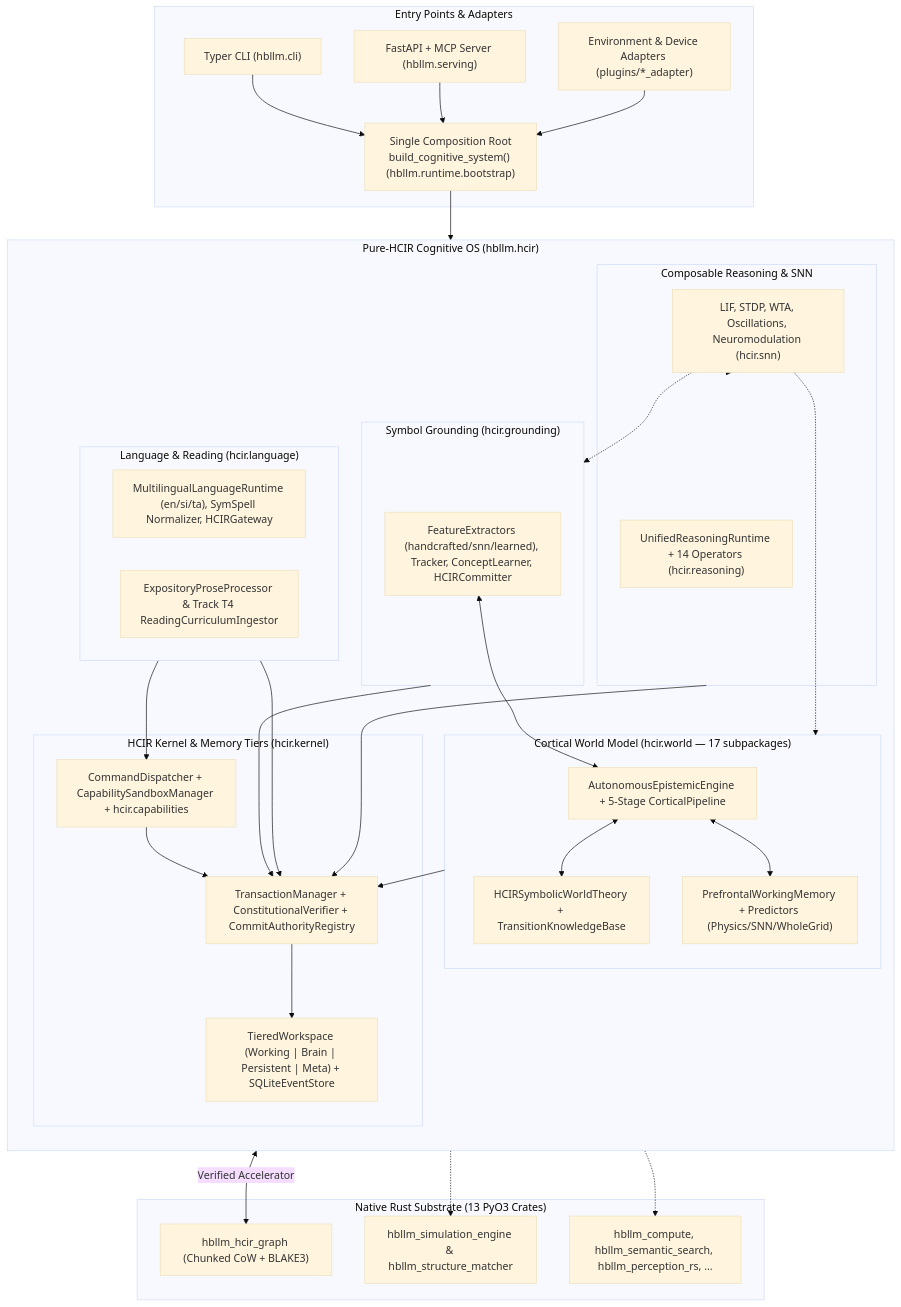
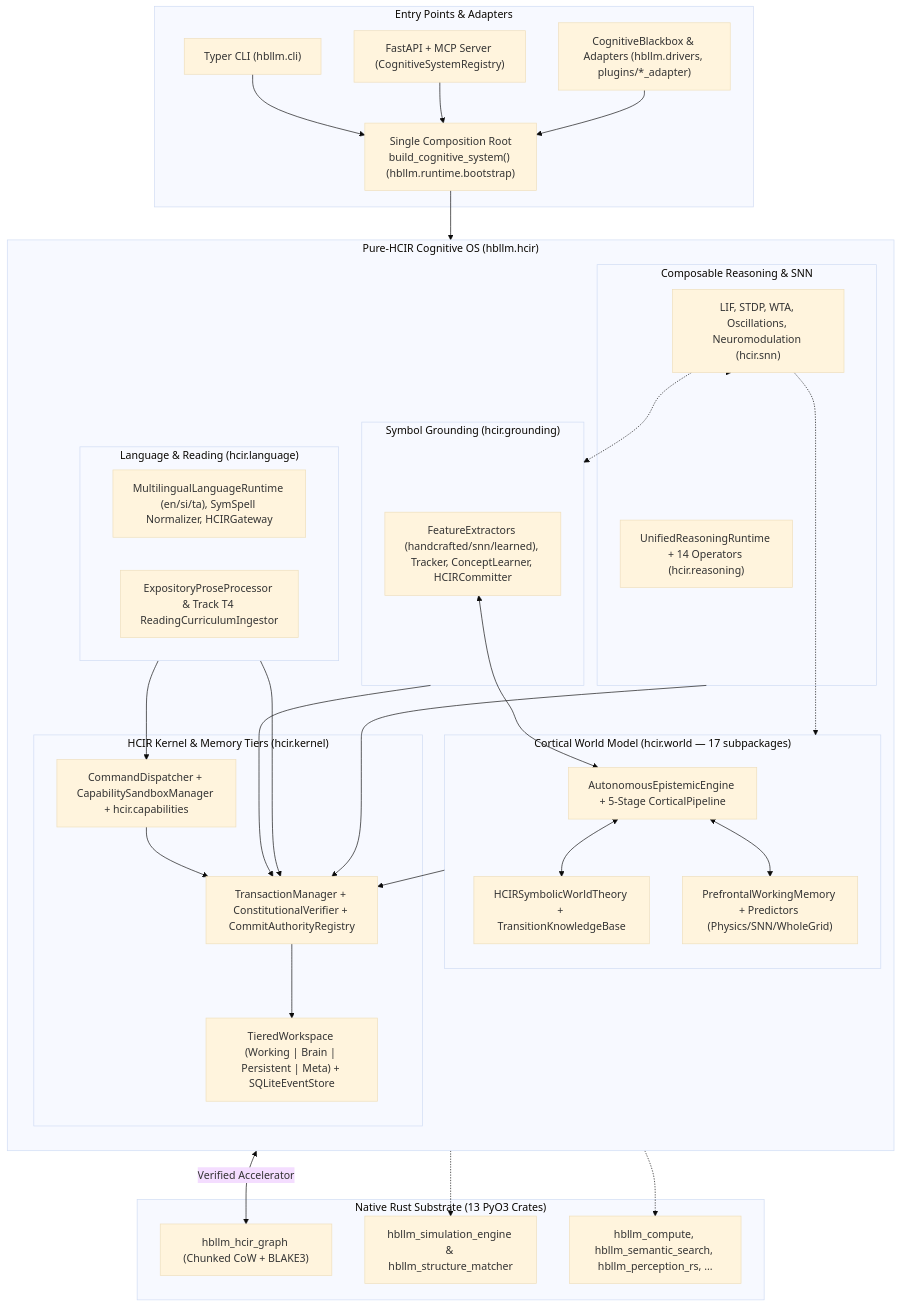
One commit to HBLLM/hbllm-core changed the diagram in docs/architecture/overview.md. Above: the diagram before and after it, drawn with Mermaid (base theme). The commit also changed other lines of this file and 20 other files, not shown here.

````diff
--- a/docs/architecture/overview.md
+++ b/docs/architecture/overview.md
@@ -30,56 +31,56 @@
 ```mermaid
 graph TB
     subgraph ENTRY["Entry Points & Adapters"]
         CLI["Typer CLI (hbllm.cli)"]
-        SERVE["FastAPI + MCP Server (hbllm.serving)"]
-        PLUGINS["Environment & Device Adapters (plugins/*_adapter)"]
+        SERVE["FastAPI + MCP Server (CognitiveSystemRegistry)"]
+        PLUGINS["CognitiveBlackbox & Adapters (hbllm.drivers, plugins/*_adapter)"]
         BOOT["Single Composition Root<br/>build_cognitive_system() (hbllm.runtime.bootstrap)"]
         CLI & SERVE & PLUGINS --> BOOT
     end
 
     subgraph HCIR["Pure-HCIR Cognitive OS (hbllm.hcir)"]
         direction TB
         subgraph WORLD["Cortical World Model (hcir.world — 17 subpackages)"]
             AEE["AutonomousEpistemicEngine + 5-Stage CorticalPipeline"]
             TKB["HCIRSymbolicWorldTheory + TransitionKnowledgeBase"]
             PWM["PrefrontalWorkingMemory + Predictors (Physics/SNN/WholeGrid)"]
         end
 
         subgraph GROUND["Symbol Grounding (hcir.grounding)"]
             SGE["FeatureExtractors (handcrafted/snn/learned), Tracker, ConceptLearner, HCIRCommitter"]
         end
 
         subgraph LANG["Language & Reading (hcir.language)"]
             MLR["MultilingualLanguageRuntime (en/si/ta), SymSpell Normalizer, HCIRGateway"]
             READ["ExpositoryProseProcessor &amp; Track T4 ReadingCurriculumIngestor"]
         end
 
         subgraph REAS["Composable Reasoning &amp; SNN"]
             URR["UnifiedReasoningRuntime + 14 Operators (hcir.reasoning)"]
             SNN["LIF, STDP, WTA, Oscillations, Neuromodulation (hcir.snn)"]
         end
 
         subgraph KERNEL["HCIR Kernel &amp; Memory Tiers (hcir.kernel)"]
             TM["TransactionManager + ConstitutionalVerifier + CommitAuthorityRegistry"]
             CAP["CommandDispatcher + CapabilitySandboxManager + hcir.capabilities"]
             TW["TieredWorkspace (Working | Brain | Persistent | Meta) + SQLiteEventStore"]
         end
 
         AEE <--> TKB & PWM
         SGE <--> AEE
         LANG --> CAP
         WORLD & GROUND & LANG & REAS & CAP --> TM
         TM --> TW
         SNN -.-> WORLD & GROUND & REAS
     end
 
     subgraph RUST["Native Rust Substrate (13 PyO3 Crates)"]
         RG["hbllm_hcir_graph (Chunked CoW + BLAKE3)"]
         SIM["hbllm_simulation_engine &amp; hbllm_structure_matcher"]
         SIMD["hbllm_compute, hbllm_semantic_search, hbllm_perception_rs, ..."]
     end
 
     BOOT --> HCIR
     TW <-->|"Verified Accelerator"| RG
     HCIR -.-> SIM & SIMD
 ```
````
